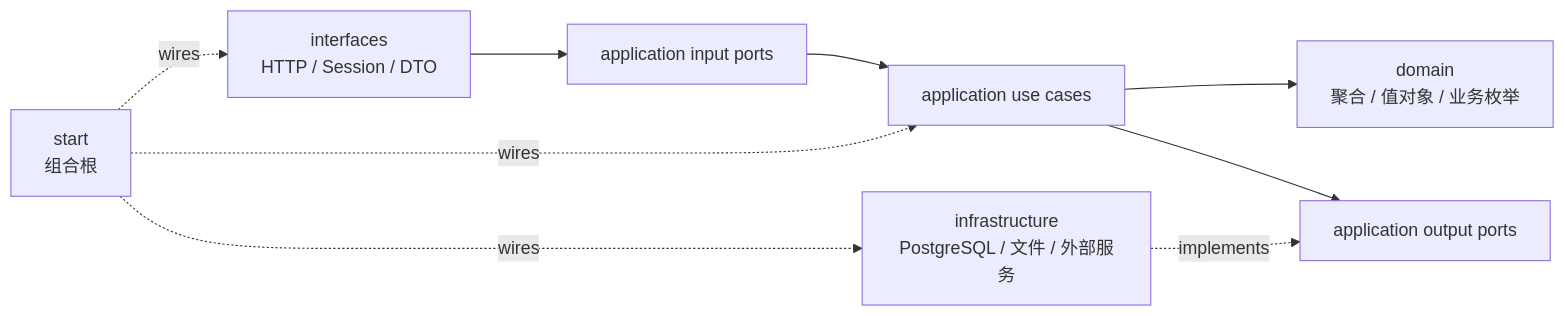
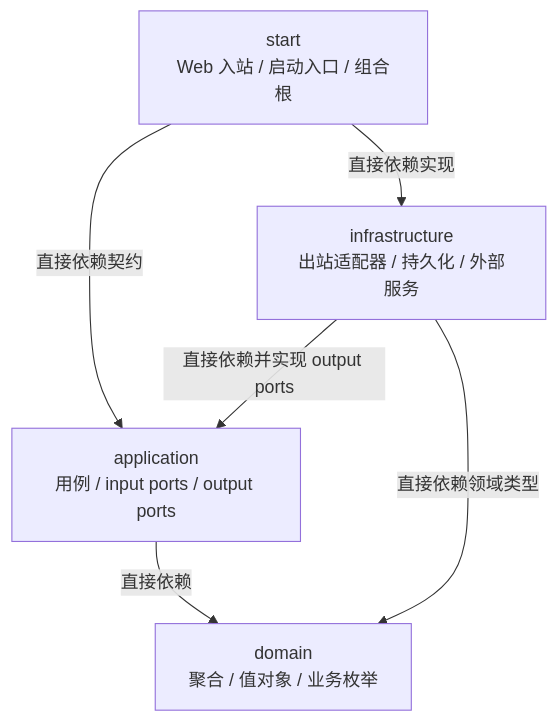
The second of 2 diagrams in docs/architecture.md (xhz10/speaive-blog), drawn with Mermaid before and after one commit. The commit also changed other lines of this file and 28 other files, not shown here.

````diff
--- a/docs/architecture.md
+++ b/docs/architecture.md
@@ -27,11 +27,8 @@
 ```mermaid
-flowchart LR
-    Interfaces["interfaces<br/>HTTP / Session / DTO"] --> Input["application input ports"]
-    Input --> UseCase["application use cases"]
-    UseCase --> Domain["domain<br/>聚合 / 值对象 / 业务枚举"]
-    UseCase --> Output["application output ports"]
-    Infrastructure["infrastructure<br/>PostgreSQL / 文件 / 外部服务"] -. implements .-> Output
-    Start["start<br/>组合根"] -. wires .-> Interfaces
-    Start -. wires .-> UseCase
-    Start -. wires .-> Infrastructure
+flowchart TB
+    Start["start<br/>Web 入站 / 启动入口 / 组合根"] -->|直接依赖契约| Application["application<br/>用例 / input ports / output ports"]
+    Start -->|直接依赖实现| Infrastructure["infrastructure<br/>出站适配器 / 持久化 / 外部服务"]
+    Infrastructure -->|直接依赖并实现 output ports| Application
+    Infrastructure -->|直接依赖领域类型| Domain["domain<br/>聚合 / 值对象 / 业务枚举"]
+    Application -->|直接依赖| Domain
 ```
````
